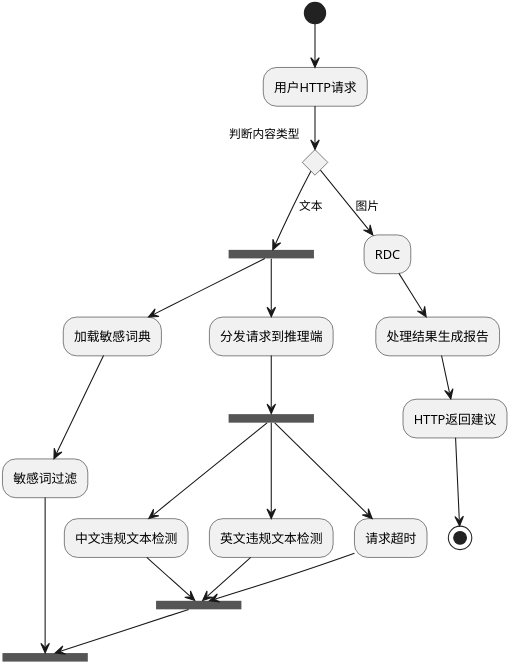
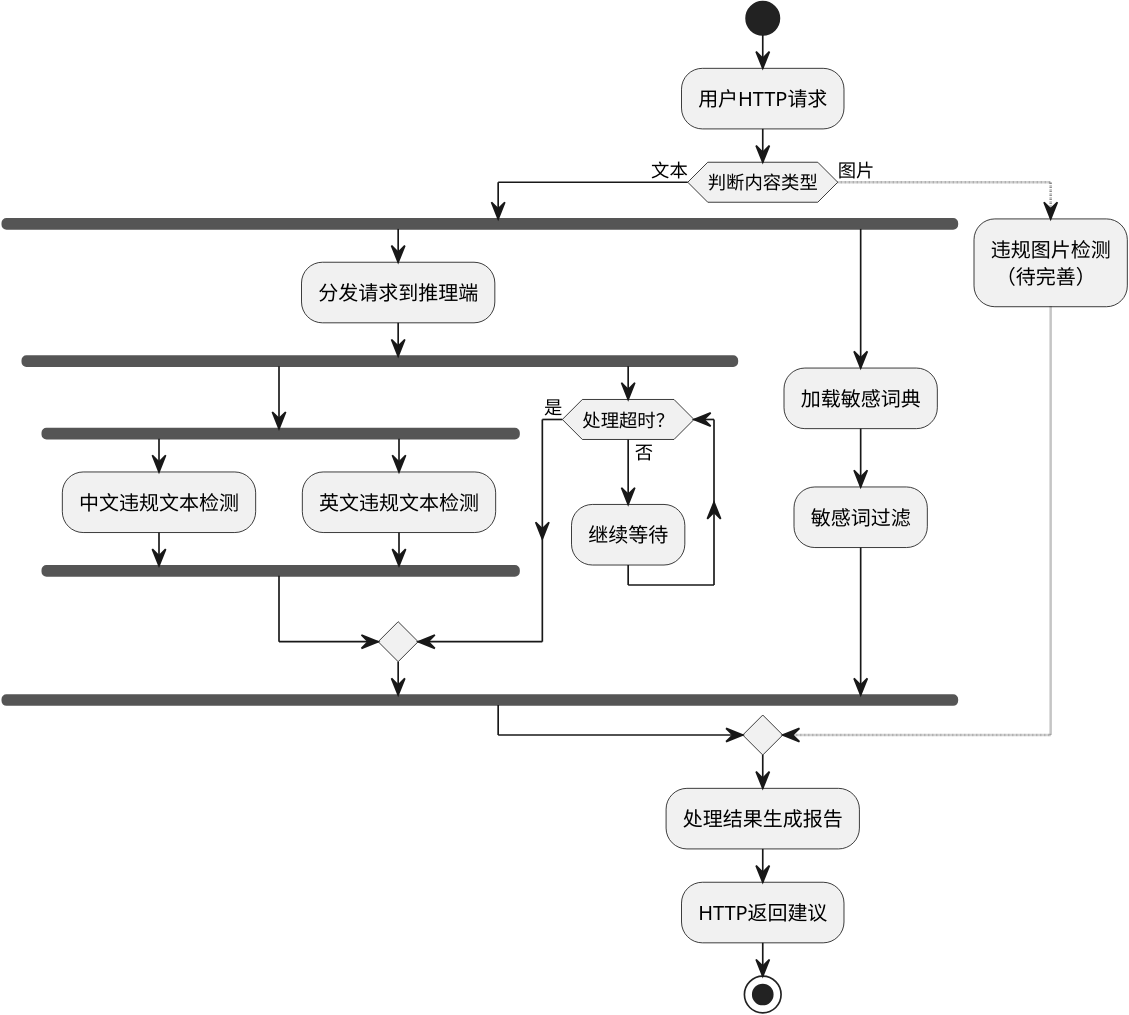
One commit to wooyang2018/godetector changed the diagram in doc/Activity2.puml. Above: the diagram before and after it, drawn with PlantUML. The commit also changed 5 other files, not shown here.

Commit message:
add graphs

```diff
--- a/doc/Activity2.puml
+++ b/doc/Activity2.puml
@@ -1,47 +1,32 @@
 @startuml
-skinparam dpi 512
-(*) --> 用户HTTP请求
-if "判断内容类型" then
-    -->[文本] ===B1===
-    --> 加载敏感词典
-    --> 敏感词过滤
-    --> ===B2===
-'
-    ===B1=== --> 分发请求到推理端
-           --> ===B11===
-           --> 中文违规文本检测
-           --> ===B12===
+skinparam dpi 800
+start
+    :用户HTTP请求;
+if (判断内容类型) then (文本)
+    fork
+       :分发请求到推理端;
+       fork
+           fork
+               :中文违规文本检测;
+           fork again
+               :英文违规文本检测;
+           end fork
+       fork again
+           while (处理超时？) is (否)
+               :继续等待;
+           endwhile (是)
+       end merge
+    fork again
+        :加载敏感词典;
+        :敏感词过滤;
+    end fork
 
-           ===B11=== --> 英文违规文本检测
-           --> ===B12===
-
-          ===B11=== --> 请求超时
-          --> ===B12===
-''            while (请求超时？) is (否)
-''                :继续等待;
-''            endwhile (是)
-'
-    --> ===B2===
-
-else
--->[图片] RDC
-
-'else (图片)
-'    :分发请求到推理端;
-'    fork
-'        fork
-'            :色情图片检测;
-'        fork again
-'            :抗议/暴恐图片检测;
-'        end fork
-'    fork again
-'        while (处理超时？) is (否)
-'            :继续等待;
-'        endwhile (是)
-'    end merge
-'endif
+else (图片)
+ -[dotted]->
+    :违规图片检测\n （待完善）;
+    -[dotted]->
 endif
---> 处理结果生成报告
---> HTTP返回建议
---> (*)
+:处理结果生成报告;
+:HTTP返回建议;
+stop
 @enduml
```
